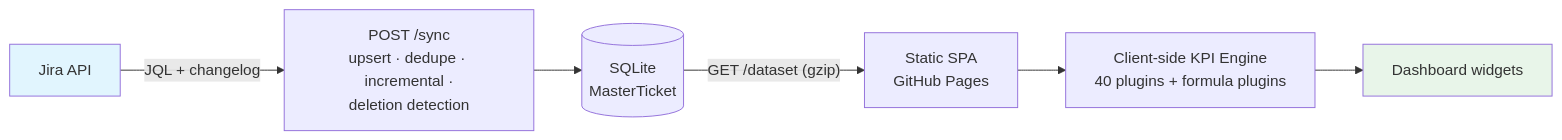
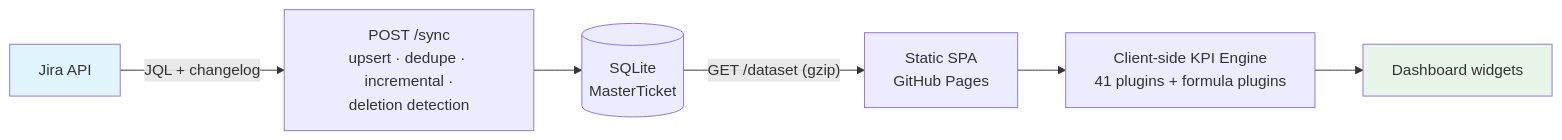
Before and after one commit to CJ-1981/jira-etl-dashboard: the second of 4 diagrams in README.md, drawn with Mermaid. The commit also changed other lines of this file and 9 other files, not shown here.

````diff
--- a/README.md
+++ b/README.md
@@ -275,11 +276,11 @@
 ```mermaid
 flowchart LR
     A["Jira API"] -- "JQL + changelog" --> R["POST /sync<br/>upsert · dedupe · incremental ·<br/>deletion detection"]
     R --> DB[("SQLite<br/>MasterTicket")]
     DB -- "GET /dataset (gzip)" --> P["Static SPA<br/>GitHub Pages"]
-    P --> C["Client-side KPI Engine<br/>40 plugins + formula plugins"]
+    P --> C["Client-side KPI Engine<br/>41 plugins + formula plugins"]
     C --> W["Dashboard widgets"]
 
     style A fill:#e1f5fe
     style W fill:#e8f5e9
 ```
````
